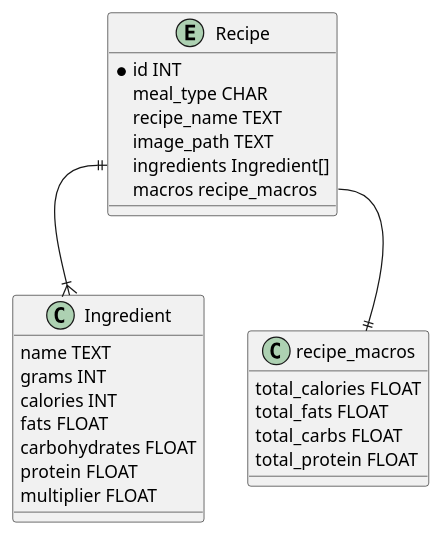
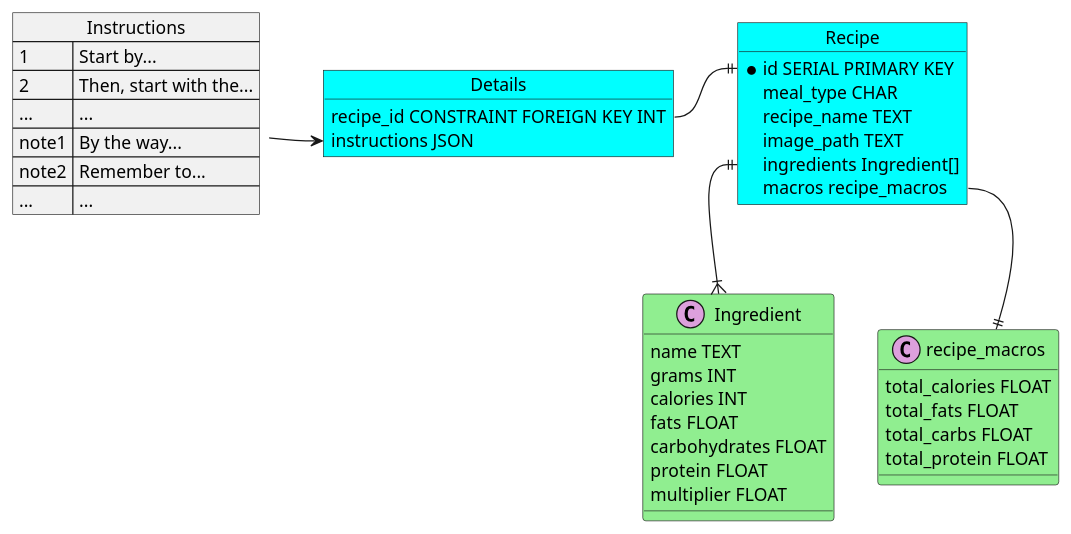
The second of 5 diagrams in Recipe.puml (LegendsAndreas/kitchen-app), drawn with PlantUML before and after one commit. The commit also changed other lines of this file and 38 other files, not shown here.

```diff
--- a/Recipe.puml
+++ b/Recipe.puml
@@ -33,31 +37,61 @@
 @startuml
 'DB Diagram
-entity Recipe {
-    * id INT
+skinparam class{
+    BackgroundColor LightGreen
+}
+
+skinparam object{
+    BackgroundColor Cyan
+}
+
+skinparam json{
+    BackgroundColor Orange
+}
+
+object Recipe {
+    * id SERIAL PRIMARY KEY
     meal_type CHAR
     recipe_name TEXT
     image_path TEXT
     ingredients Ingredient[]
     macros recipe_macros
 }
 
-class Ingredient {
+class Ingredient <<(C,plum)>>{
     name TEXT
     grams INT
     calories INT
     fats FLOAT
     carbohydrates FLOAT
     protein FLOAT
     multiplier FLOAT
 }
 
-class recipe_macros {
+class recipe_macros <<(C,plum)>>{
     total_calories FLOAT
     total_fats FLOAT
     total_carbs FLOAT
     total_protein FLOAT
 }
 
 Recipe::ingredient ||--|{ Ingredient
 Recipe::macros --|| recipe_macros
+
+object Details{
+    recipe_id CONSTRAINT FOREIGN KEY INT
+    instructions JSON
+}
+
+json Instructions{
+    "1":"Start by...",
+    "2":"Then, start with the...",
+    "...":"...",
+    "note1":"By the way...",
+    "note2":"Remember to...",
+    "...":"..."
+}
+
+Details::recipe_id -|| Recipe::id
+Instructions -> Details::instructions
+
 @enduml
```
